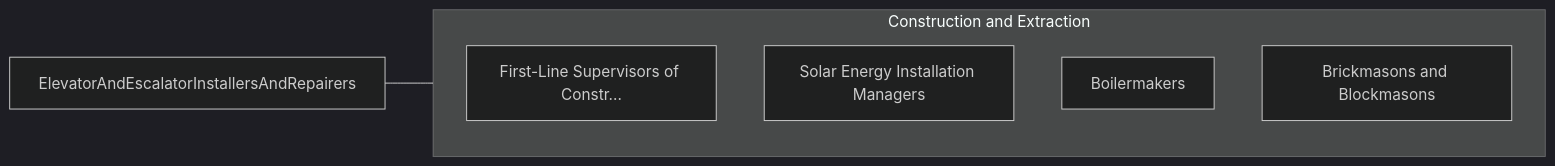
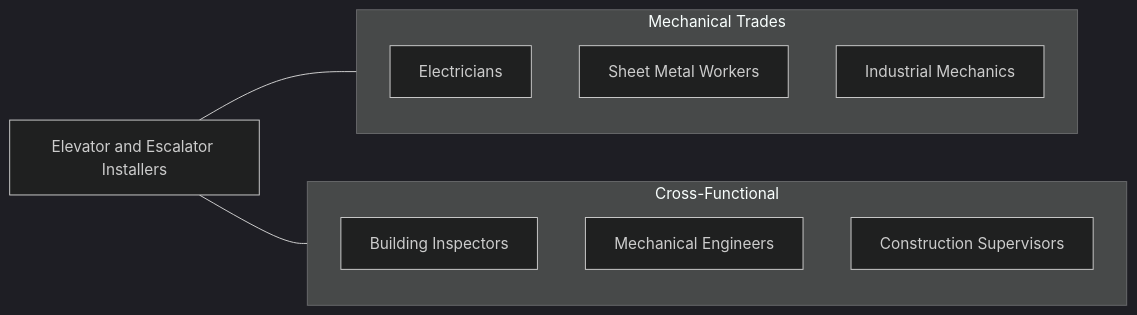
One commit to kziemski/business.org.ai changed the fourth of 4 diagrams in occupations/Construction/ElevatorAndEscalatorInstallersAndRepairers.mdx. Above: the diagram before and after it, drawn with Mermaid (dark theme). The commit also changed other lines of this file and 938 other files, not shown here.

````diff
--- a/occupations/Construction/ElevatorAndEscalatorInstallersAndRepairers.mdx
+++ b/occupations/Construction/ElevatorAndEscalatorInstallersAndRepairers.mdx
@@ -130,13 +247,19 @@
 ```mermaid
 graph LR
-    Current["ElevatorAndEscalatorInstallersAndRepairers"]
+    Current["Elevator and Escalator Installers"]
 
-    subgraph SameCategory["Construction and Extraction"]
-        FirstLineSupervisors["First-Line Supervisors of Constr..."]
-        SolarEnergyInstallat["Solar Energy Installation Managers"]
-        Boilermakers["Boilermakers"]
-        BrickmasonsAndBlockm["Brickmasons and Blockmasons"]
+    subgraph SameCategory["Mechanical Trades"]
+        Electrician["Electricians"]
+        SheetMetal["Sheet Metal Workers"]
+        Mechanic["Industrial Mechanics"]
+    end
+
+    subgraph CrossFunctional["Cross-Functional"]
+        Inspector["Building Inspectors"]
+        Engineer["Mechanical Engineers"]
+        Super["Construction Supervisors"]
     end
 
     Current --- SameCategory
+    Current --- CrossFunctional
 ```
````
